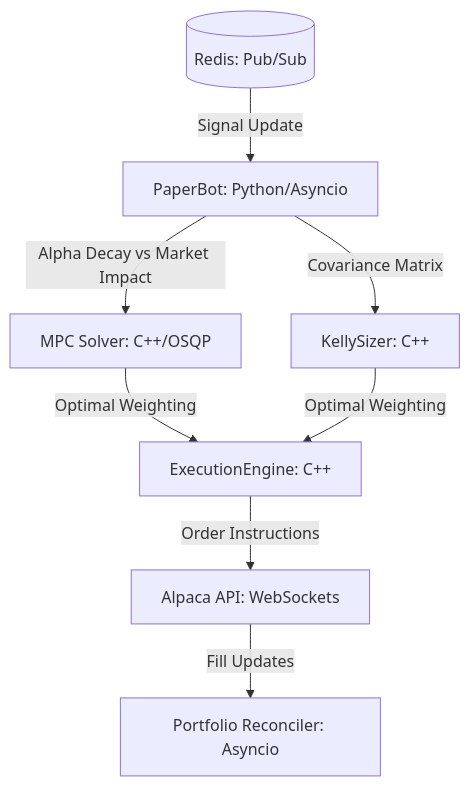
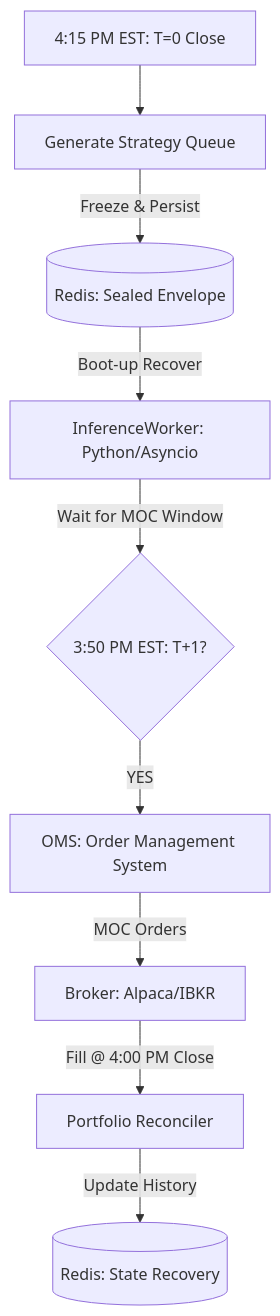
One commit to abhishek-jana/QTS2026 changed the fourth of 5 diagrams in docs/ARCHITECTURE_DIAGRAMS.md. Above: the diagram before and after it, drawn with Mermaid. The commit also changed other lines of this file and 8 other files, not shown here.

````diff
--- a/docs/ARCHITECTURE_DIAGRAMS.md
+++ b/docs/ARCHITECTURE_DIAGRAMS.md
@@ -52,9 +49,14 @@
 ```mermaid
 graph TD
-    A[(Redis: Pub/Sub)] -- Signal Update --> B[PaperBot: Python/Asyncio]
-    B -- Covariance Matrix --> C[KellySizer: C++]
-    B -- Alpha Decay vs Market Impact --> D[MPC Solver: C++/OSQP]
-    D & C -- Optimal Weighting --> E[ExecutionEngine: C++]
-    E -- Order Instructions --> F[Alpaca API: WebSockets]
-    F -- Fill Updates --> G[Portfolio Reconciler: Asyncio]
+    A[4:15 PM EST: T=0 Close] --> B[Generate Strategy Queue]
+    B -- "Freeze & Persist" --> C[(Redis: Sealed Envelope)]
+    
+    C -- "Boot-up Recover" --> D[InferenceWorker: Python/Asyncio]
+    
+    D -- "Wait for MOC Window" --> E{3:50 PM EST: T+1?}
+    E -- YES --> F[OMS: Order Management System]
+    F -- "MOC Orders" --> G[Broker: Alpaca/IBKR]
+    
+    G -- "Fill @ 4:00 PM Close" --> H[Portfolio Reconciler]
+    H -- "Update History" --> I[(Redis: State Recovery)]
 ```
````
